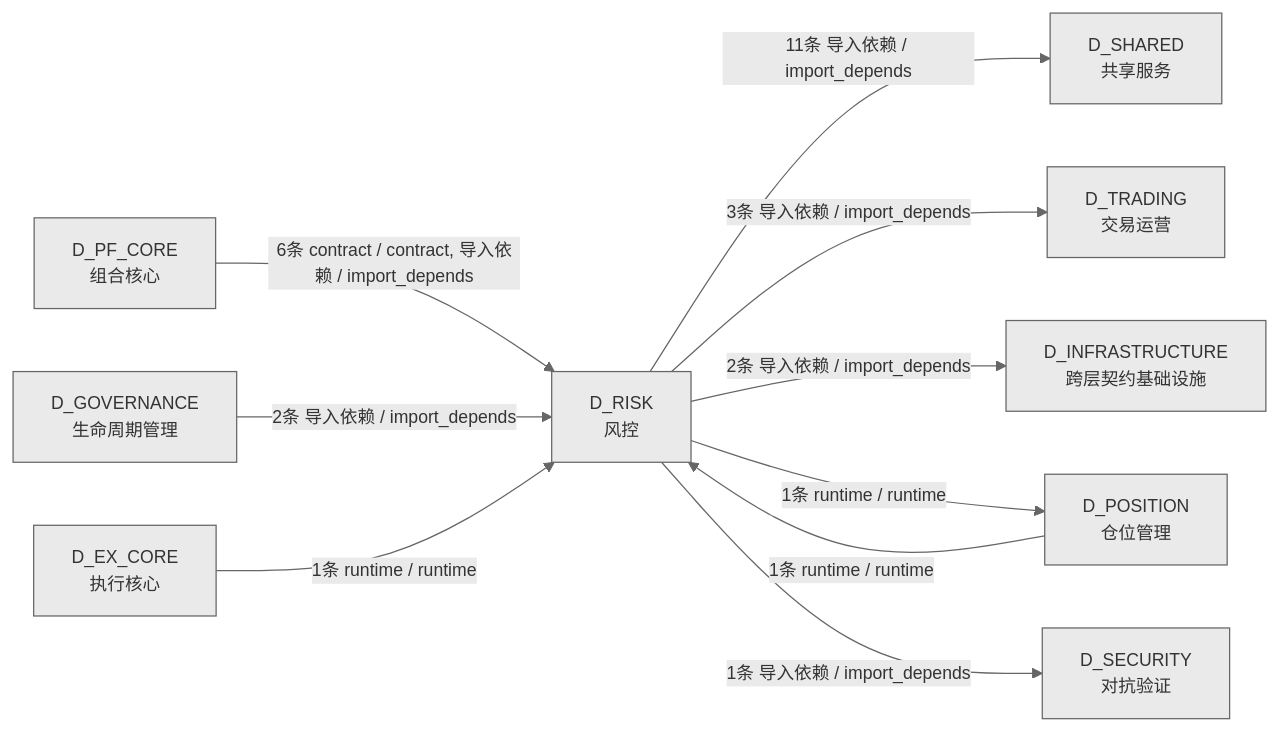
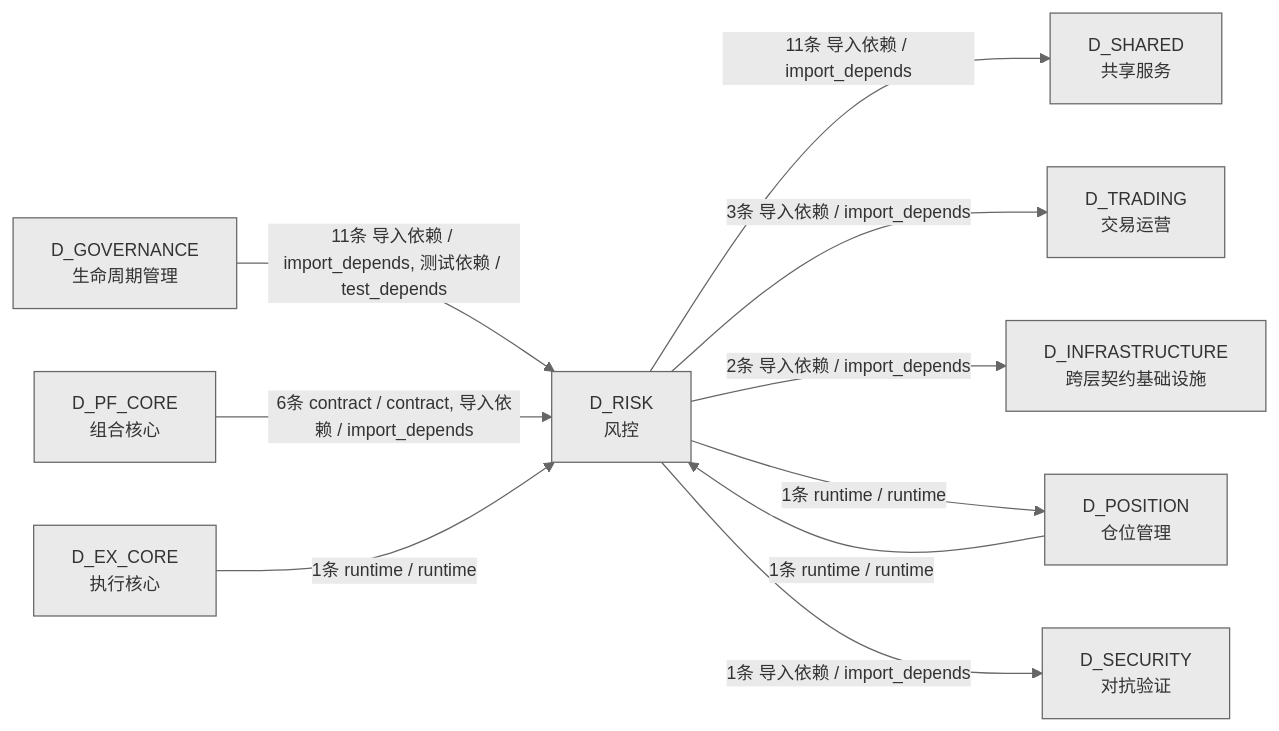
Before and after one commit to xuanFelixVan/ZephyrAlpha: the third of 3 diagrams in docs/02_enterprise_architecture/02_domain_architecture_docs/65_d_risk.md, drawn with Mermaid. The commit also changed other lines of this file and 45 other files, not shown here.

````diff
--- a/docs/02_enterprise_architecture/02_domain_architecture_docs/65_d_risk.md
+++ b/docs/02_enterprise_architecture/02_domain_architecture_docs/65_d_risk.md
@@ -284,22 +298,22 @@
 ```mermaid
 %%{init: {'theme': 'base', 'themeVariables': {'primaryColor': '#eaeaea', 'primaryTextColor': '#333333', 'primaryBorderColor': '#666666', 'lineColor': '#666666', 'secondaryColor': '#eaeaea', 'tertiaryColor': '#eaeaea', 'fontSize': '14px'}}}%%
 graph LR
     D_RISK["D_RISK<br/>风控"]
     D_SHARED["D_SHARED<br/>共享服务"]
     D_TRADING["D_TRADING<br/>交易运营"]
     D_INFRASTRUCTURE["D_INFRASTRUCTURE<br/>跨层契约基础设施"]
     D_POSITION["D_POSITION<br/>仓位管理"]
     D_SECURITY["D_SECURITY<br/>对抗验证"]
+    D_GOVERNANCE["D_GOVERNANCE<br/>生命周期管理"]
     D_PF_CORE["D_PF_CORE<br/>组合核心"]
-    D_GOVERNANCE["D_GOVERNANCE<br/>生命周期管理"]
     D_EX_CORE["D_EX_CORE<br/>执行核心"]
     D_RISK -->|11条 导入依赖 / import_depends| D_SHARED
     D_RISK -->|3条 导入依赖 / import_depends| D_TRADING
     D_RISK -->|2条 导入依赖 / import_depends| D_INFRASTRUCTURE
     D_RISK -->|1条 runtime / runtime| D_POSITION
     D_RISK -->|1条 导入依赖 / import_depends| D_SECURITY
+    D_GOVERNANCE -->|11条 导入依赖 / import_depends, 测试依赖 / test_depends| D_RISK
     D_PF_CORE -->|6条 contract / contract, 导入依赖 / import_depends| D_RISK
-    D_GOVERNANCE -->|2条 导入依赖 / import_depends| D_RISK
     D_EX_CORE -->|1条 runtime / runtime| D_RISK
     D_POSITION -->|1条 runtime / runtime| D_RISK
 ```
````
